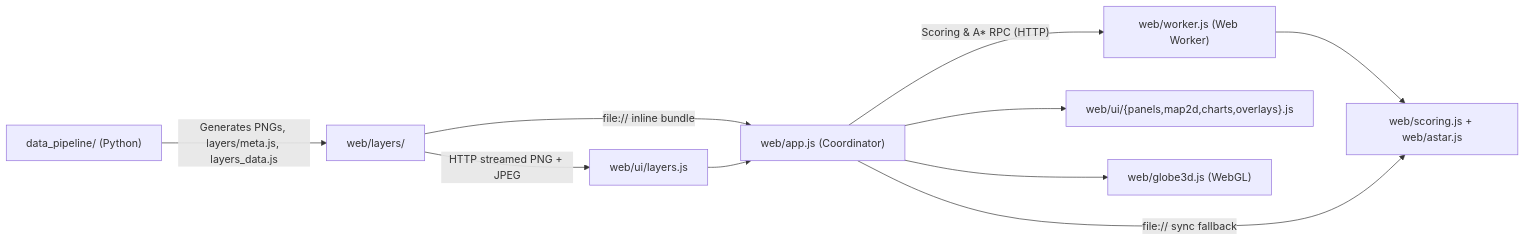
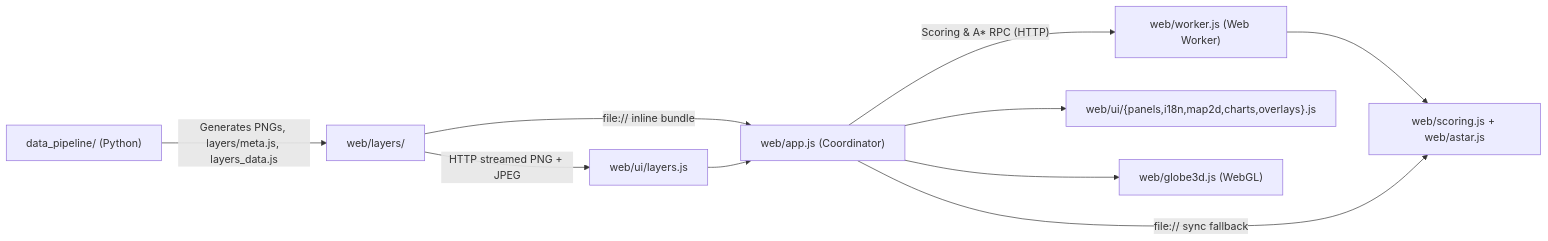
The diagram in CONTRIBUTING.md (quantro11/mars-decision-engine), drawn with Mermaid before and after one commit. The commit also changed other lines of this file and 10 other files, not shown here.

````diff
--- a/CONTRIBUTING.md
+++ b/CONTRIBUTING.md
@@ -7,12 +7,12 @@
 ```mermaid
 flowchart LR
     P["data_pipeline/ (Python)"] -->|"Generates PNGs, layers/meta.js, layers_data.js"| L["web/layers/"]
     L -->|"file:// inline bundle"| APP["web/app.js (Coordinator)"]
     L -->|"HTTP streamed PNG + JPEG"| ULY["web/ui/layers.js"]
     ULY --> APP
     APP -->|"Scoring & A* RPC (HTTP)"| W["web/worker.js (Web Worker)"]
     W --> S["web/scoring.js + web/astar.js"]
     APP -->|"file:// sync fallback"| S
-    APP --> UI["web/ui/{panels,map2d,charts,overlays}.js"]
+    APP --> UI["web/ui/{panels,i18n,map2d,charts,overlays}.js"]
     APP --> G3D["web/globe3d.js (WebGL)"]
 ```
````
